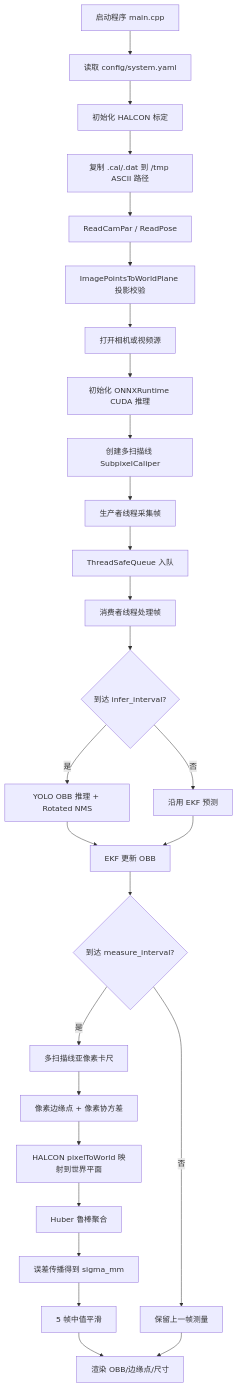
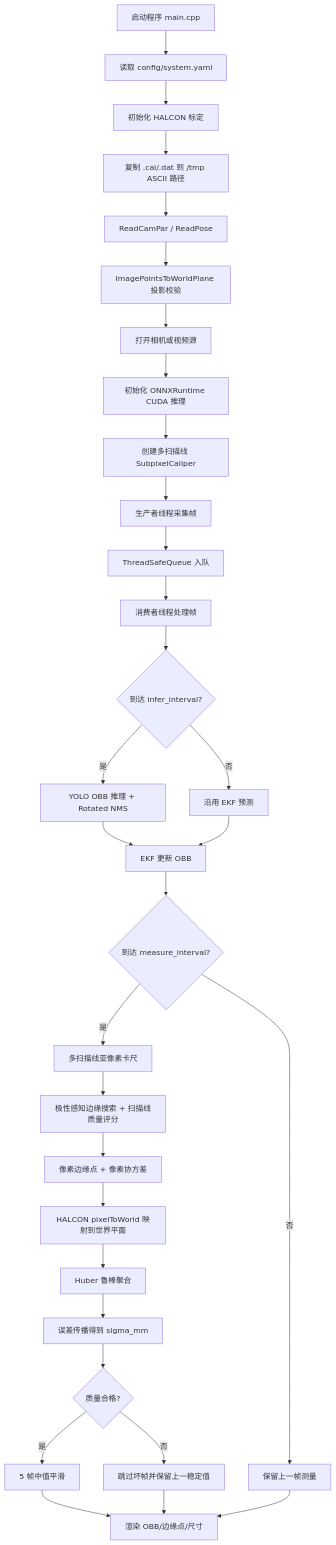
Before and after one commit to HZZ2Z/yolo-Halcon-chicunPredict: the first of 2 diagrams in docs/system_analysis_report.md, drawn with Mermaid. The commit also changed other lines of this file and 61 other files, not shown here.

````diff
--- a/docs/system_analysis_report.md
+++ b/docs/system_analysis_report.md
@@ -32,29 +33,33 @@
 ```mermaid
 flowchart TD
     A[启动程序 main.cpp] --> B[读取 config/system.yaml]
     B --> C[初始化 HALCON 标定]
     C --> C1[复制 .cal/.dat 到 /tmp ASCII 路径]
     C1 --> C2[ReadCamPar / ReadPose]
     C2 --> C3[ImagePointsToWorldPlane 投影校验]
     C3 --> D[打开相机或视频源]
     D --> E[初始化 ONNXRuntime CUDA 推理]
     E --> F[创建多扫描线 SubpixelCaliper]
     F --> G[生产者线程采集帧]
     G --> H[ThreadSafeQueue 入队]
     H --> I[消费者线程处理帧]
     I --> J{到达 infer_interval?}
     J -- 是 --> K[YOLO OBB 推理 + Rotated NMS]
     J -- 否 --> L[沿用 EKF 预测]
     K --> M[EKF 更新 OBB]
     L --> M
     M --> N{到达 measure_interval?}
     N -- 是 --> O[多扫描线亚像素卡尺]
-    O --> P[像素边缘点 + 像素协方差]
+    O --> O1[极性感知边缘搜索 + 扫描线质量评分]
+    O1 --> P[像素边缘点 + 像素协方差]
     P --> Q[HALCON pixelToWorld 映射到世界平面]
     Q --> R[Huber 鲁棒聚合]
     R --> S[误差传播得到 sigma_mm]
-    S --> T[5 帧中值平滑]
+    S --> S1{质量合格?}
+    S1 -- 是 --> T[5 帧中值平滑]
+    S1 -- 否 --> T0[跳过坏帧并保留上一稳定值]
     N -- 否 --> U[保留上一帧测量]
     T --> V[渲染 OBB/边缘点/尺寸]
+    T0 --> V
     U --> V
 ```
````
